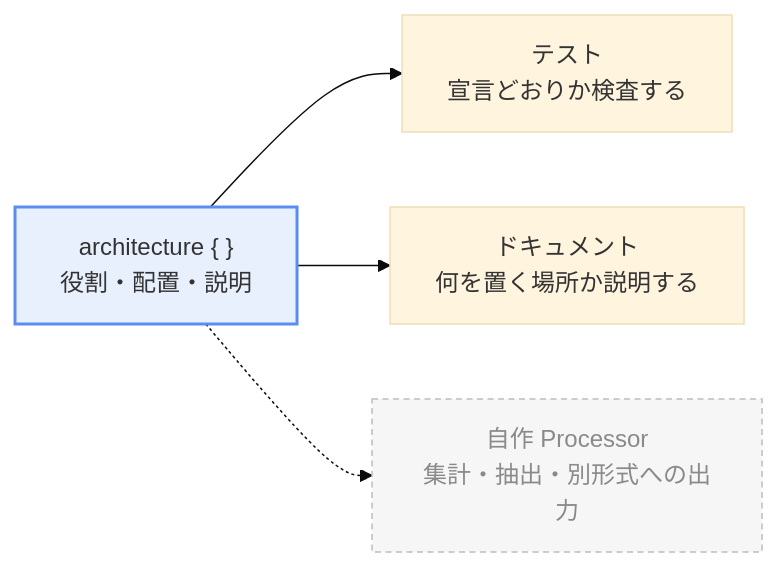
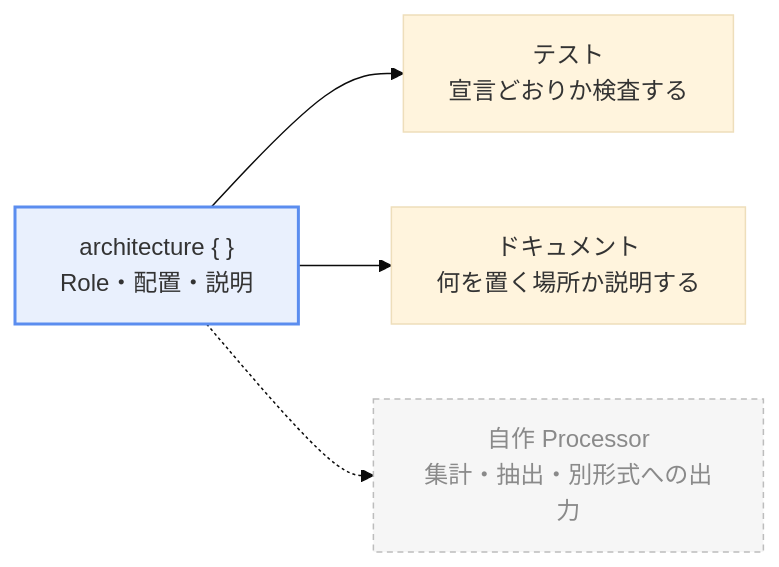
The second of 2 diagrams in docs/src/content/docs/ja/get-started/faq.mdx (TBSten/katachi), drawn with Mermaid (base theme) before and after one commit. The commit also changed other lines of this file and 43 other files, not shown here.

````diff
--- a/docs/src/content/docs/ja/get-started/faq.mdx
+++ b/docs/src/content/docs/ja/get-started/faq.mdx
@@ -199,10 +199,10 @@
 ```mermaid
 flowchart LR
-    D["architecture { }<br/>役割・配置・説明"]
+    D["architecture { }<br/>Role・配置・説明"]
     D --> T["テスト<br/>宣言どおりか検査する"]
     D --> M["ドキュメント<br/>何を置く場所か説明する"]
     D -.-> C["自作 Processor<br/>集計・抽出・別形式への出力"]
 
     style D fill:#5B8DEF22,stroke:#5B8DEF,stroke-width:2px
     style C fill:#BDBDBD22,stroke:#BDBDBD,stroke-dasharray:4 3,color:#8A8A8A
 ```
````
